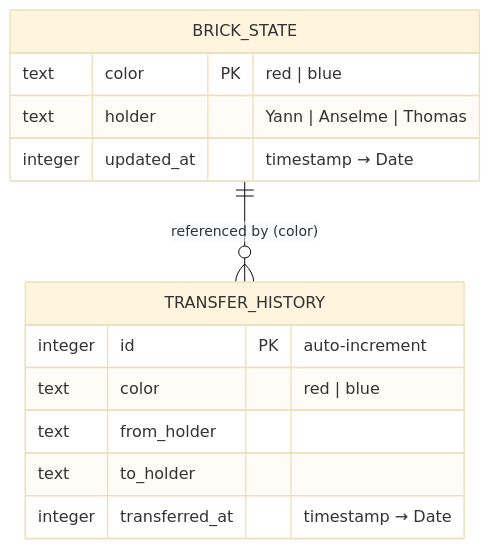
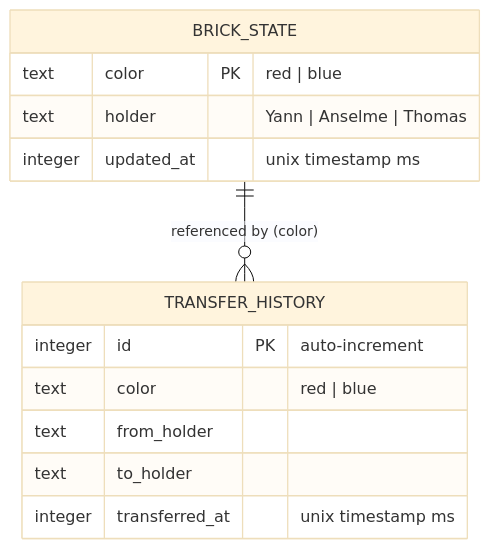
The fourth of 5 diagrams in README.md (nyancol/Brick-Master-Tracker), drawn with Mermaid (base theme) before and after one commit. The commit also changed other lines of this file and 75 other files, not shown here.

````diff
--- a/README.md
+++ b/README.md
@@ -175,18 +115,18 @@
 ```mermaid
 erDiagram
     BRICK_STATE {
         text color PK "red | blue"
         text holder "Yann | Anselme | Thomas"
-        integer updated_at "timestamp → Date"
+        integer updated_at "unix timestamp ms"
     }
 
     TRANSFER_HISTORY {
         integer id PK "auto-increment"
         text color "red | blue"
         text from_holder
         text to_holder
-        integer transferred_at "timestamp → Date"
+        integer transferred_at "unix timestamp ms"
     }
 
     BRICK_STATE ||--o{ TRANSFER_HISTORY : "referenced by (color)"
 ```
````
